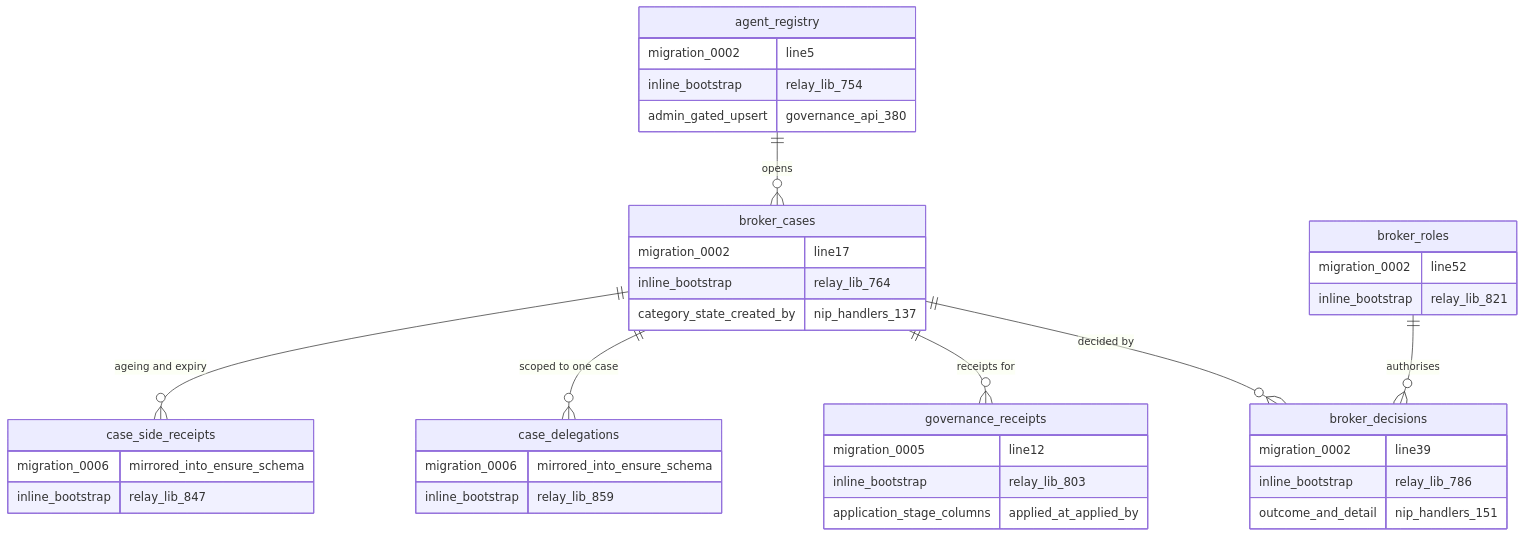
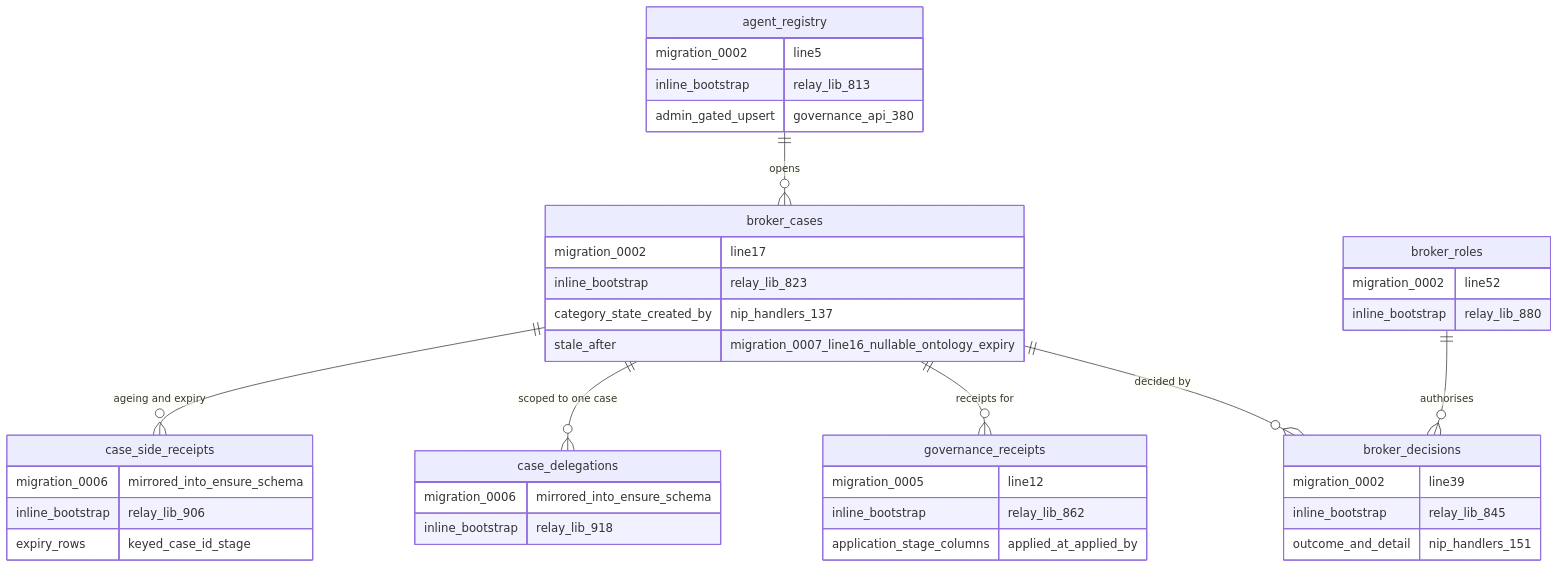
Before and after one commit to DreamLab-AI/VisionFlow: the sixth of 14 diagrams in docs/diagrams/nostr-rust-forum/06-agent-control-surface-31400-31405.md, drawn with Mermaid. The commit also changed other lines of this file and 136 other files, not shown here.

First line of the commit message:
docs(diagrams): refresh the whole corpus to code HEAD and prune low-value diagrams

````diff
--- a/docs/diagrams/nostr-rust-forum/06-agent-control-surface-31400-31405.md
+++ b/docs/diagrams/nostr-rust-forum/06-agent-control-surface-31400-31405.md
@@ -217,42 +164,44 @@
 ```mermaid
 erDiagram
     agent_registry ||--o{ broker_cases : "opens"
     broker_cases ||--o{ broker_decisions : "decided by"
     broker_cases ||--o{ governance_receipts : "receipts for"
     broker_roles ||--o{ broker_decisions : "authorises"
     broker_cases ||--o{ case_delegations : "scoped to one case"
     broker_cases ||--o{ case_side_receipts : "ageing and expiry"
 
     agent_registry {
         migration_0002 line5
-        inline_bootstrap relay_lib_754
+        inline_bootstrap relay_lib_813
         admin_gated_upsert governance_api_380
     }
     broker_cases {
         migration_0002 line17
-        inline_bootstrap relay_lib_764
+        inline_bootstrap relay_lib_823
         category_state_created_by nip_handlers_137
+        stale_after migration_0007_line16_nullable_ontology_expiry
     }
     broker_decisions {
         migration_0002 line39
-        inline_bootstrap relay_lib_786
+        inline_bootstrap relay_lib_845
         outcome_and_detail nip_handlers_151
     }
     broker_roles {
         migration_0002 line52
-        inline_bootstrap relay_lib_821
+        inline_bootstrap relay_lib_880
     }
     governance_receipts {
         migration_0005 line12
-        inline_bootstrap relay_lib_803
+        inline_bootstrap relay_lib_862
         application_stage_columns applied_at_applied_by
     }
     case_delegations {
         migration_0006 mirrored_into_ensure_schema
-        inline_bootstrap relay_lib_859
+        inline_bootstrap relay_lib_918
     }
     case_side_receipts {
         migration_0006 mirrored_into_ensure_schema
-        inline_bootstrap relay_lib_847
+        inline_bootstrap relay_lib_906
+        expiry_rows keyed_case_id_stage
     }
 ```
````
